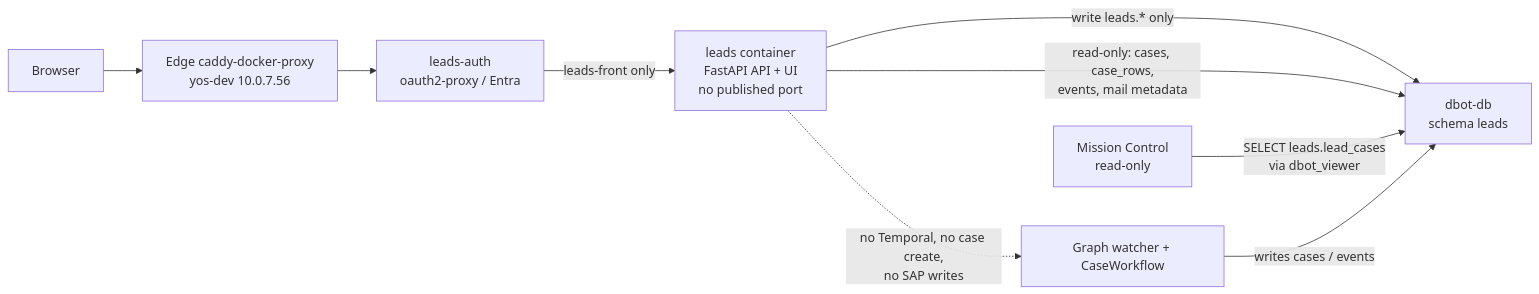
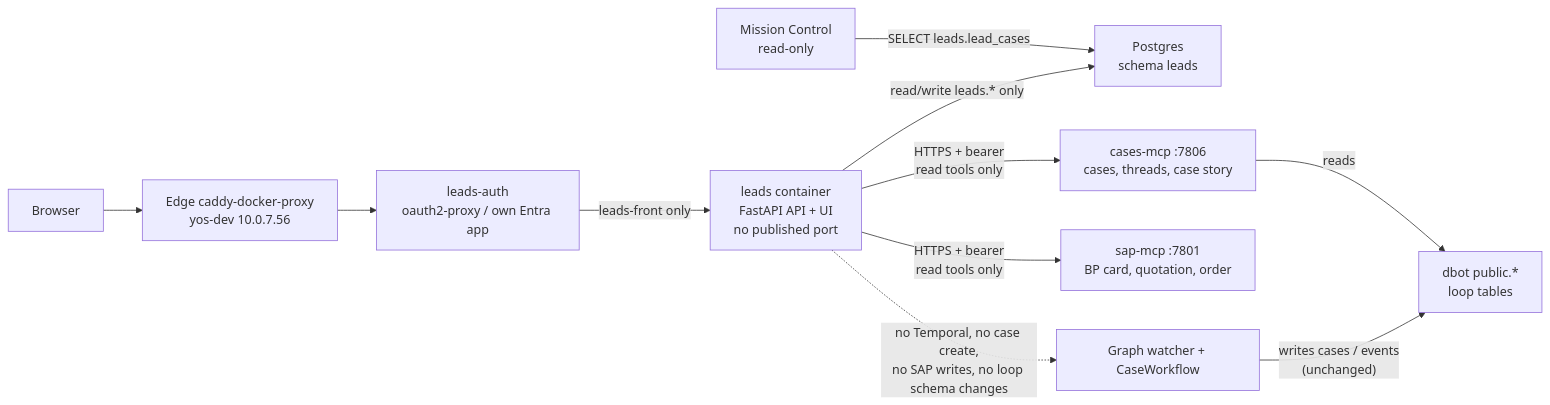
Before and after one commit to dayovartan/lead-pipeline-dashboard: the diagram in docs/LEADS_PLAN.md, drawn with Mermaid. The commit also changed other lines of this file, not shown here.

````diff
--- a/docs/LEADS_PLAN.md
+++ b/docs/LEADS_PLAN.md
@@ -41,11 +57,13 @@
 ```mermaid
 flowchart LR
   User["Browser"] --> Caddy["Edge caddy-docker-proxy<br/>yos-dev 10.0.7.56"]
-  Caddy --> Auth["leads-auth<br/>oauth2-proxy / Entra"]
+  Caddy --> Auth["leads-auth<br/>oauth2-proxy / own Entra app"]
   Auth -->|"leads-front only"| App["leads container<br/>FastAPI API + UI<br/>no published port"]
-  App -->|"write leads.* only"| DB["dbot-db<br/>schema leads"]
-  App -->|"read-only: cases, case_rows,<br/>events, mail metadata"| DB
-  MC["Mission Control<br/>read-only"] -->|"SELECT leads.lead_cases<br/>via dbot_viewer"| DB
-  Watcher["Graph watcher + CaseWorkflow"] -->|"writes cases / events"| DB
-  App -.->|"no Temporal, no case create,<br/>no SAP writes"| Watcher
+  App -->|"read/write leads.* only"| DB["Postgres<br/>schema leads"]
+  App -->|"HTTPS + bearer<br/>read tools only"| CMCP["cases-mcp :7806<br/>cases, threads, case story"]
+  App -->|"HTTPS + bearer<br/>read tools only"| SMCP["sap-mcp :7801<br/>BP card, quotation, order"]
+  MC["Mission Control<br/>read-only"] -->|"SELECT leads.lead_cases"| DB
+  Loop["Graph watcher + CaseWorkflow"] -->|"writes cases / events<br/>(unchanged)"| Public["dbot public.*<br/>loop tables"]
+  CMCP -->|"reads"| Public
+  App -.->|"no Temporal, no case create,<br/>no SAP writes, no loop schema changes"| Loop
 ```
````
